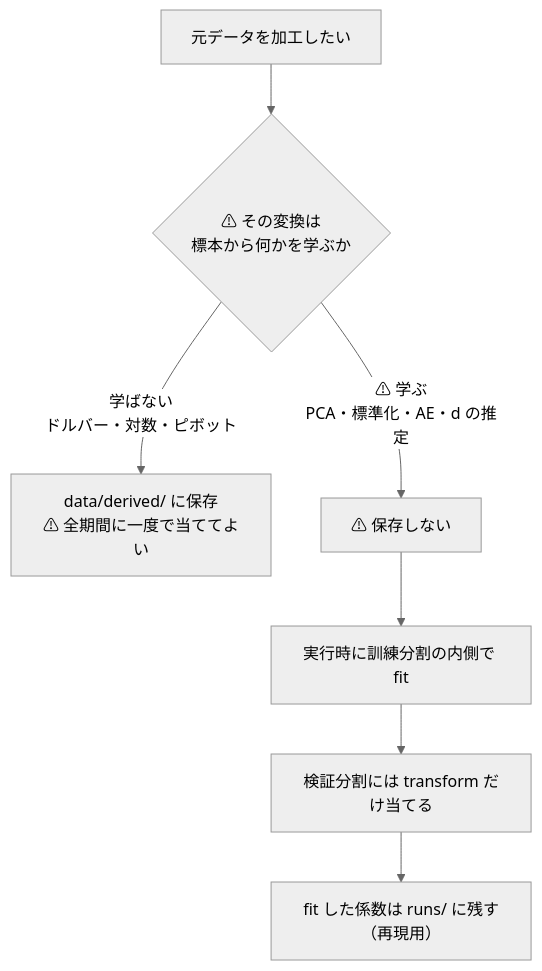
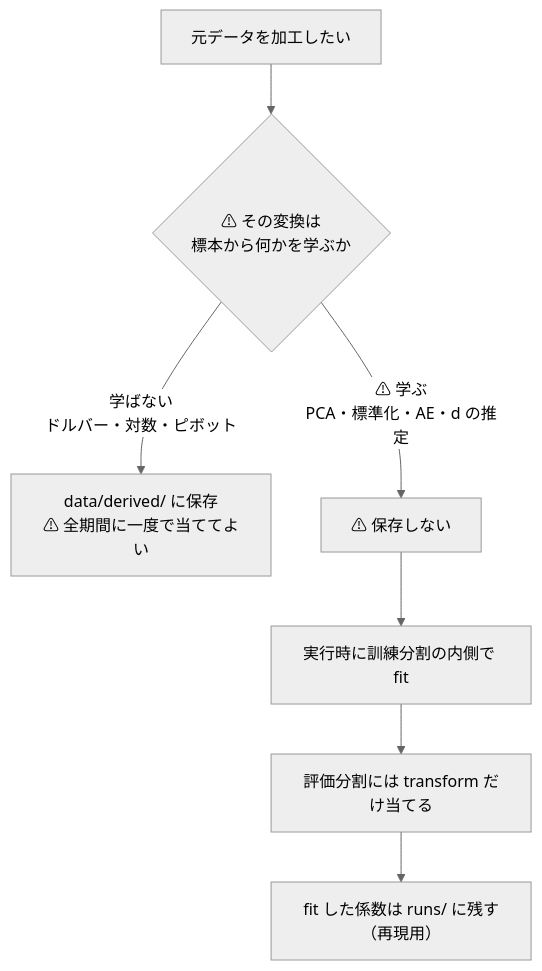
One commit to akiraak/ai-income-lab changed the fourth of 17 diagrams in docs/specs/experiments/feature-discovery/rules.md. Above: the diagram before and after it, drawn with Mermaid (neutral theme). The commit also changed other lines of this file and 52 other files, not shown here.

````diff
--- a/docs/specs/experiments/feature-discovery/rules.md
+++ b/docs/specs/experiments/feature-discovery/rules.md
@@ -152,9 +152,9 @@
 ```mermaid
 flowchart TB
   T["元データを加工したい"] --> Q{"⚠ その変換は<br/>標本から何かを学ぶか"}
   Q -->|"学ばない<br/>ドルバー・対数・ピボット"| A["data/derived/ に保存<br/>⚠ 全期間に一度で当ててよい"]
   Q -->|"⚠ 学ぶ<br/>PCA・標準化・AE・d の推定"| B["⚠ 保存しない"]
   B --> C["実行時に訓練分割の内側で fit"]
-  C --> D["検証分割には transform だけ当てる"]
+  C --> D["評価分割には transform だけ当てる"]
   D --> E["fit した係数は runs/ に残す（再現用）"]
 ```
````
